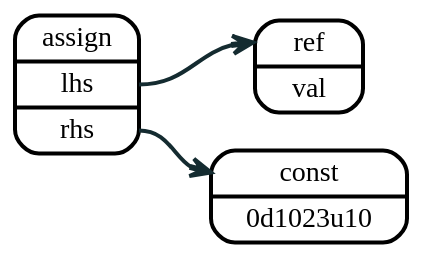
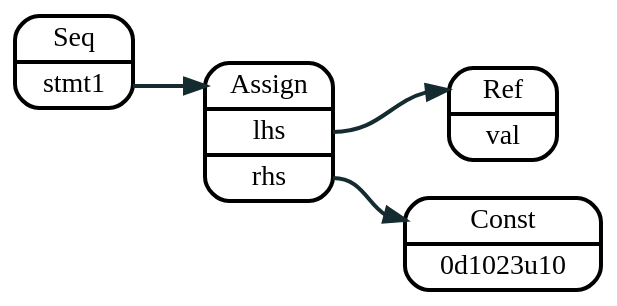
The diagram in source/graphviz/assign_trivial_constant.dot (sakshi15108/lnast-doc), drawn with Graphviz before and after one commit. The commit also changed 3 other files, not shown here.

```diff
--- a/source/graphviz/assign_trivial_constant.dot
+++ b/source/graphviz/assign_trivial_constant.dot
@@ -1,15 +1,17 @@
 digraph assign {
   rankdir=LR
   bgcolor="transparent"
 
   node [shape=record, style="rounded", penwidth = 2];
-  edge [color="#142b30", arrowhead="vee", penwidth = 2];
+  edge [color="#142b30", arrowhead="normal", penwidth = 2];
 
 
-  node0 [label = "<a> assign | <l> lhs  | <r> rhs"];
-  node1 [label = "<a> ref   | <l> val"];
-  node2 [label = "<a> const | <l> 0d1023u10"];
+  node0 [label = "<a> Seq    | <s1> stmt1"];
+  node1 [label = "<a> Assign | <l> lhs  | <r> rhs"];
+  node2 [label = "<a> Ref    | <l> val"];
+  node3 [label = "<a> Const  | <l> 0d1023u10"];
 
-  node0:l -> node1:a;
-  node0:r -> node2:a;
+  node0:s1 -> node1:a;
+  node1:l  -> node2:a;
+  node1:r  -> node3:a;
 }
```
